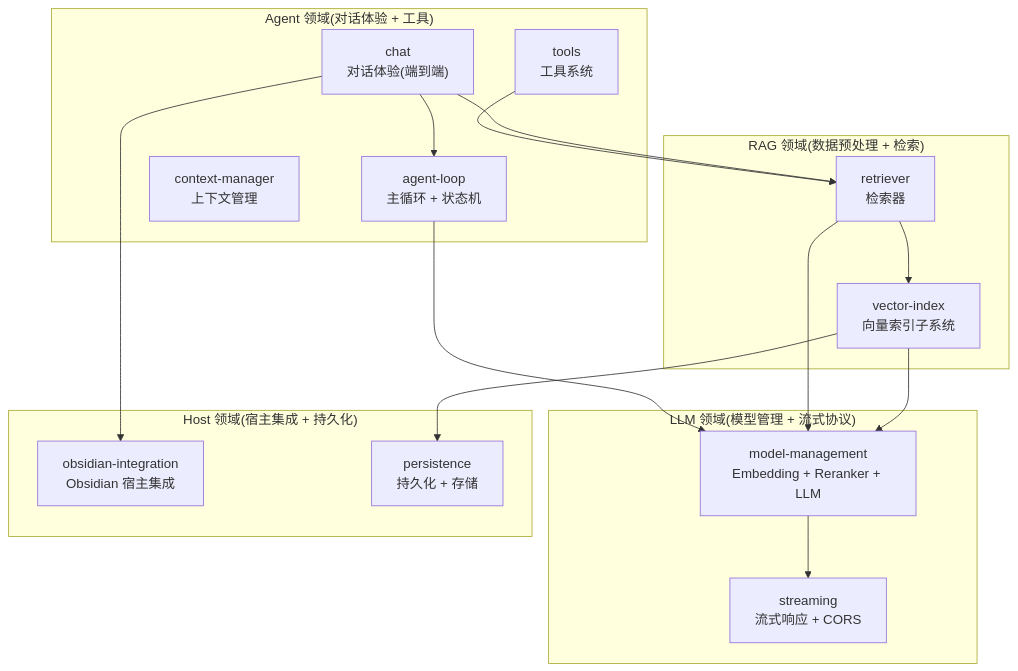
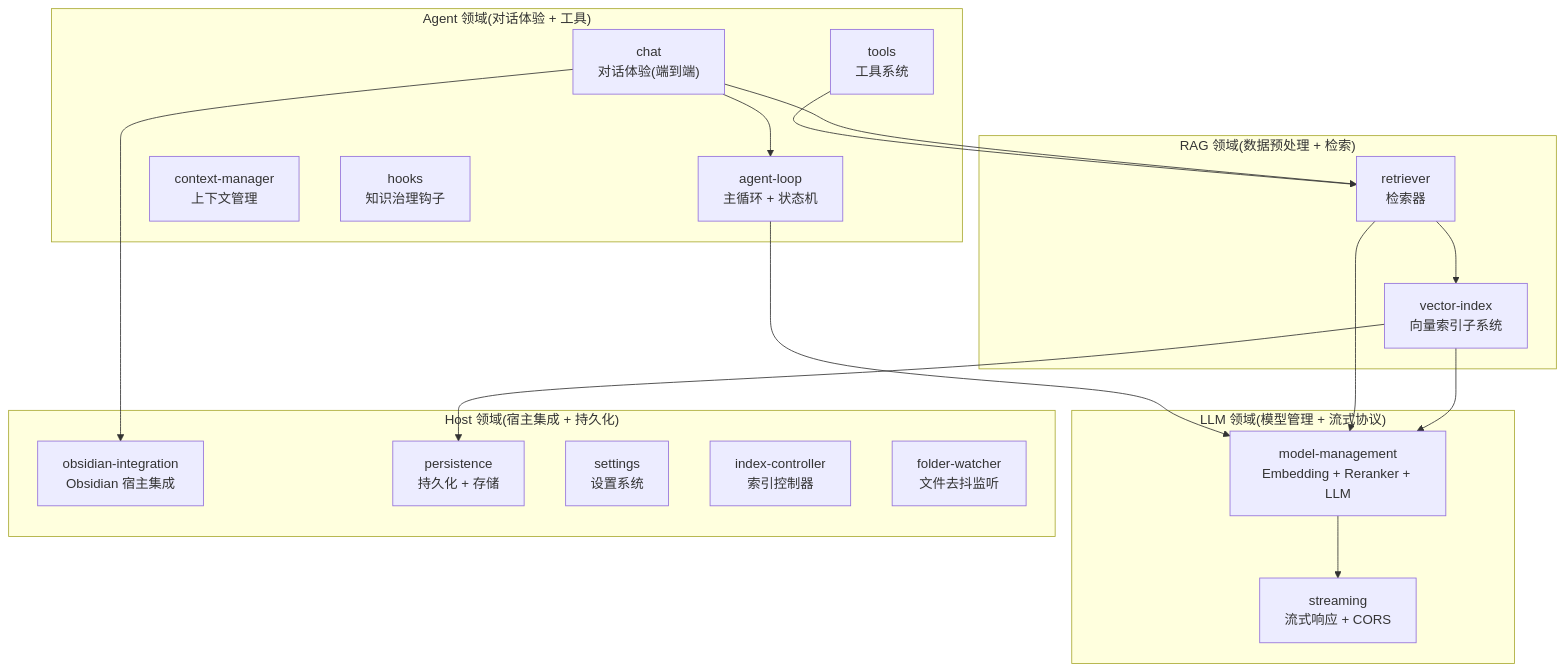
Before and after one commit to golddream-y/obsidian-ratel: the sixth of 8 diagrams in docs/architecture/overview.md, drawn with Mermaid. The commit also changed other lines of this file and 4 other files, not shown here.

````diff
--- a/docs/architecture/overview.md
+++ b/docs/architecture/overview.md
@@ -182,35 +182,39 @@
 ```mermaid
 graph TB
     subgraph "RAG 领域(数据预处理 + 检索)"
         R1["vector-index<br/>向量索引子系统"]
         R2["retriever<br/>检索器"]
     end
 
     subgraph "Agent 领域(对话体验 + 工具)"
         A0["chat<br/>对话体验(端到端)"]
         A1["agent-loop<br/>主循环 + 状态机"]
         A2["context-manager<br/>上下文管理"]
         A3["tools<br/>工具系统"]
+        A4["hooks<br/>知识治理钩子"]
     end
 
     subgraph "LLM 领域(模型管理 + 流式协议)"
         L1["model-management<br/>Embedding + Reranker + LLM"]
         L2["streaming<br/>流式响应 + CORS"]
     end
 
     subgraph "Host 领域(宿主集成 + 持久化)"
         H1["obsidian-integration<br/>Obsidian 宿主集成"]
         H2["persistence<br/>持久化 + 存储"]
+        H3["settings<br/>设置系统"]
+        H4["index-controller<br/>索引控制器"]
+        H5["folder-watcher<br/>文件去抖监听"]
     end
 
     R2 --> R1
     R1 --> L1
     R2 --> L1
     A0 --> A1
     A0 --> R2
     A1 --> L1
     A3 --> R2
     L1 --> L2
     A0 --> H1
     R1 --> H2
 ```
````
